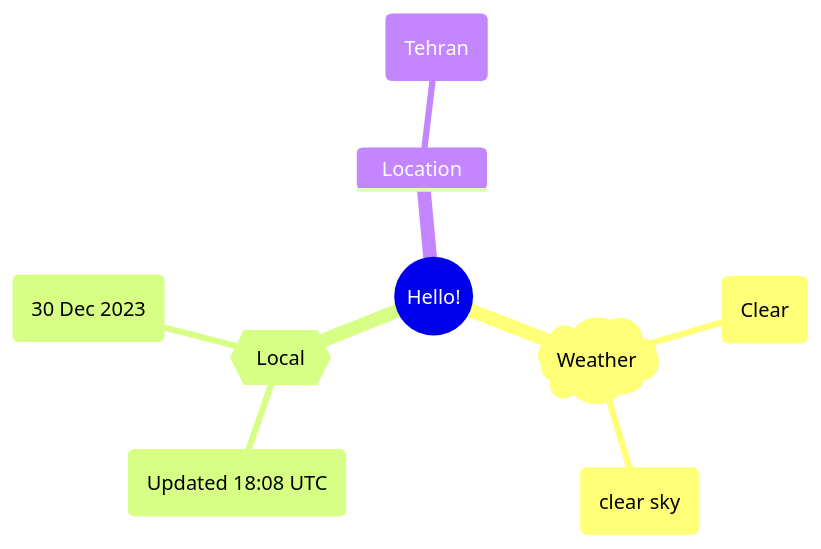
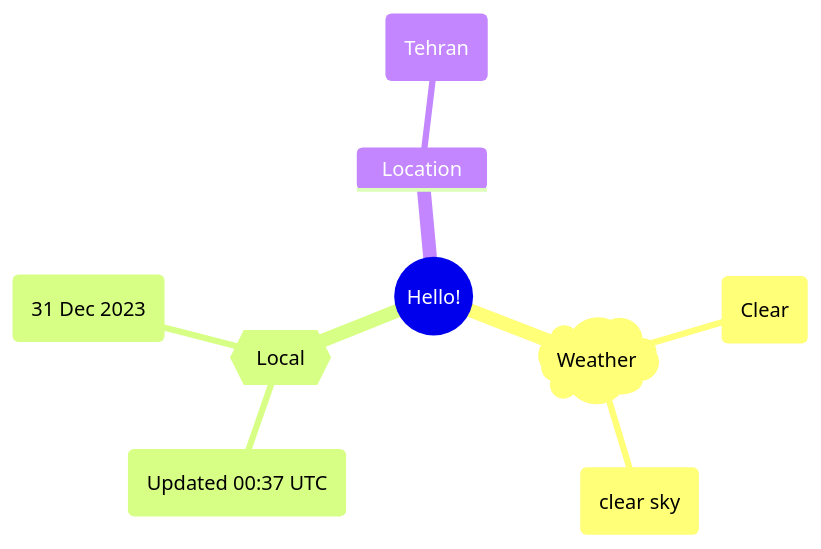
Before and after one commit to Xosrov/Xosrov: the first of 2 diagrams in README.md, drawn with Mermaid.

Commit message:
[bot] updated images

````diff
--- a/README.md
+++ b/README.md
@@ -3,12 +3,12 @@
 ```mermaid
 mindmap
   root((Hello!))
     )Weather(
         (Clear)
         (clear sky)
     {{Local}}
-        (Updated 18:08 UTC)
-        (30 Dec 2023)
+        (Updated 00:37 UTC)
+        (31 Dec 2023)
     Location
         (Tehran)
 ```
````
